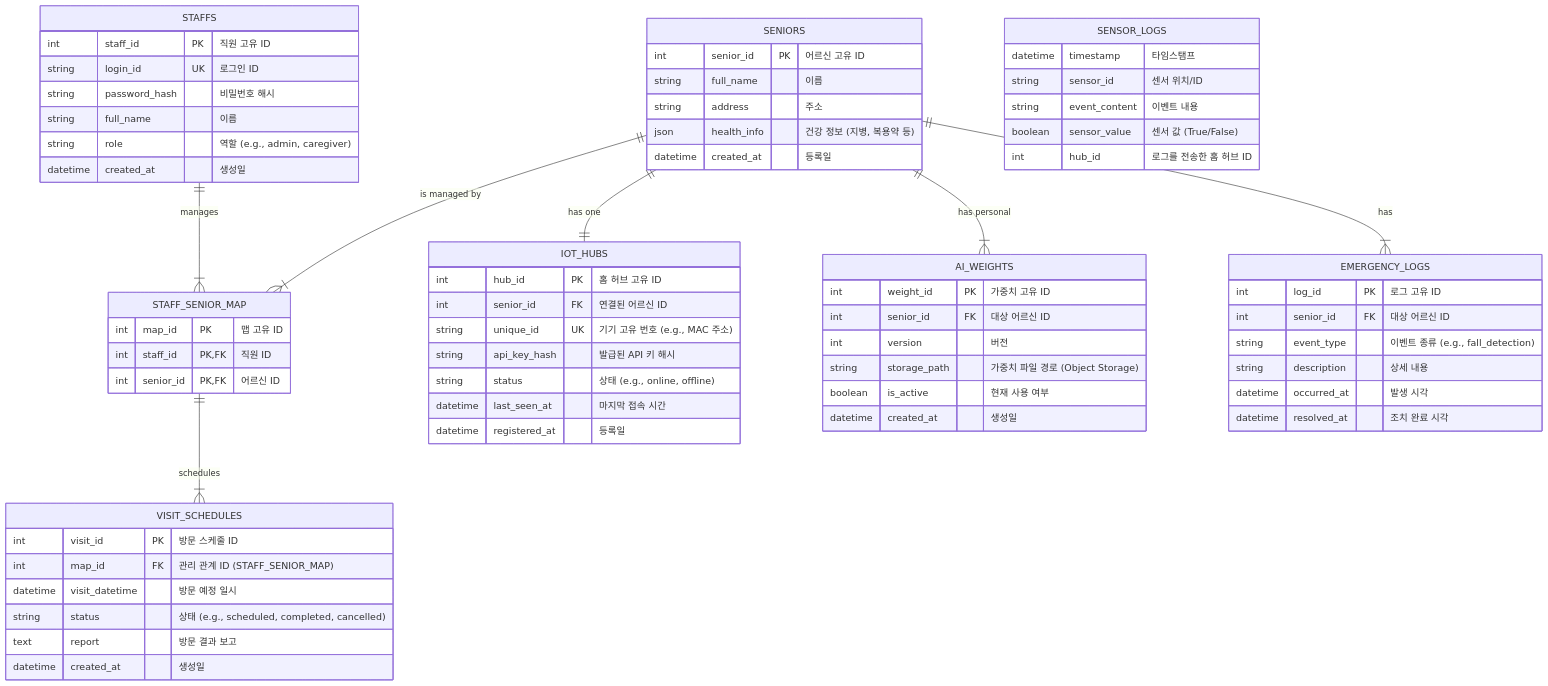
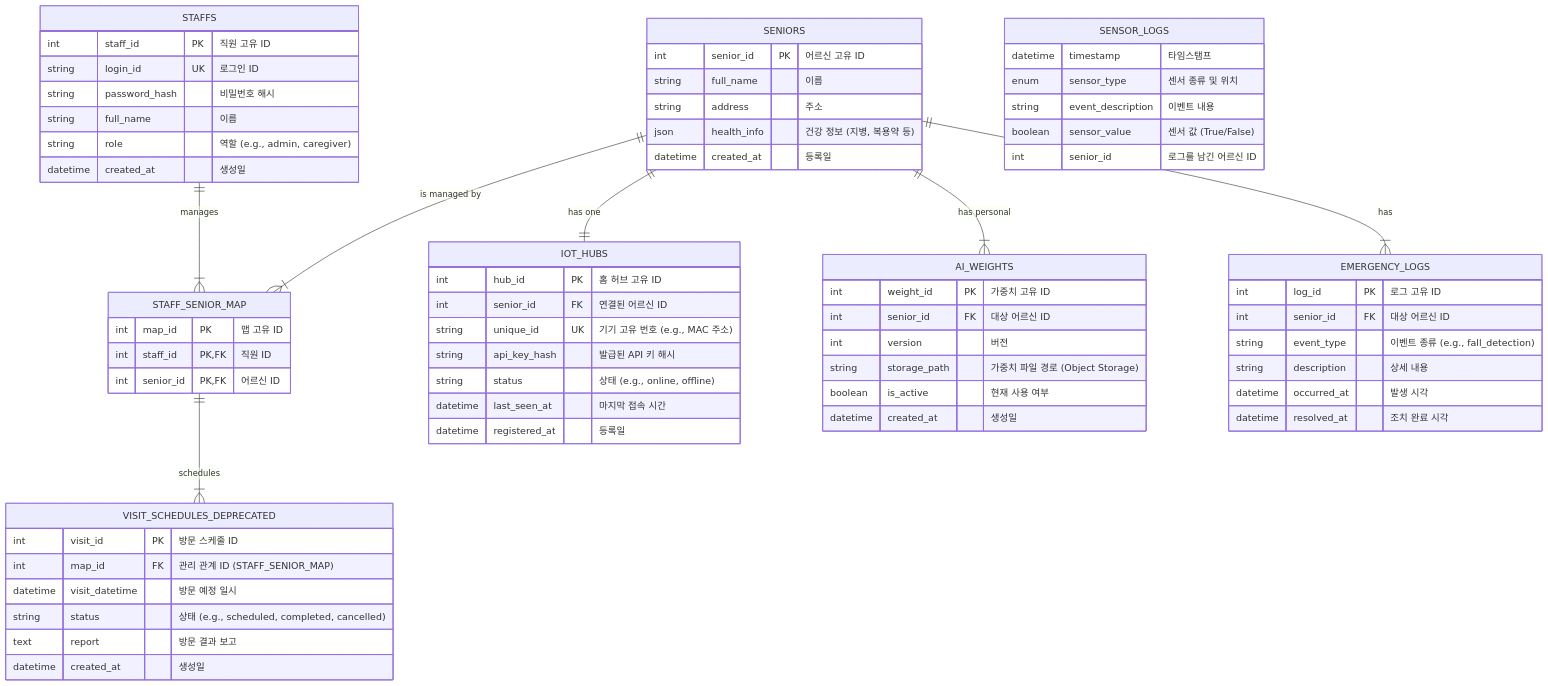
Before and after one commit to jiminh03/SST: the diagram in BackEnd/design/ERD.mmd, drawn with Mermaid. The commit also changed 10 other files, not shown here.

```diff
--- a/BackEnd/design/ERD.mmd
+++ b/BackEnd/design/ERD.mmd
@@ -1,85 +1,85 @@
 erDiagram
     %% --- Entities Definition ---
 
     STAFFS {
         int staff_id PK "직원 고유 ID"
         string login_id UK "로그인 ID"
         string password_hash "비밀번호 해시"
         string full_name "이름"
         string role "역할 (e.g., admin, caregiver)"
         datetime created_at "생성일"
     }
 
     SENIORS {
         int senior_id PK "어르신 고유 ID"
         string full_name "이름"
         string address "주소"
         json health_info "건강 정보 (지병, 복용약 등)"
         datetime created_at "등록일"
     }
 
     STAFF_SENIOR_MAP {
         int map_id PK "맵 고유 ID"
         int staff_id PK, FK "직원 ID"
         int senior_id PK, FK "어르신 ID"
     }
 
     IOT_HUBS {
         int hub_id PK "홈 허브 고유 ID"
         int senior_id FK "연결된 어르신 ID"
         string unique_id UK "기기 고유 번호 (e.g., MAC 주소)"
         string api_key_hash "발급된 API 키 해시"
         string status "상태 (e.g., online, offline)"
         datetime last_seen_at "마지막 접속 시간"
         datetime registered_at "등록일"
     }
 
     AI_WEIGHTS {
         int weight_id PK "가중치 고유 ID"
         int senior_id FK "대상 어르신 ID"
         int version "버전"
         string storage_path "가중치 파일 경로 (Object Storage)"
         boolean is_active "현재 사용 여부"
         datetime created_at "생성일"
     }
 
     EMERGENCY_LOGS {
         int log_id PK "로그 고유 ID"
         int senior_id FK "대상 어르신 ID"
         string event_type "이벤트 종류 (e.g., fall_detection)"
         string description "상세 내용"
         datetime occurred_at "발생 시각"
         datetime resolved_at "조치 완료 시각"
     }
 
-    VISIT_SCHEDULES {
+    VISIT_SCHEDULES_DEPRECATED {
     int visit_id PK "방문 스케줄 ID"
     int map_id FK "관리 관계 ID (STAFF_SENIOR_MAP)"
     datetime visit_datetime "방문 예정 일시"
     string status "상태 (e.g., scheduled, completed, cancelled)"
     text report "방문 결과 보고"
     datetime created_at "생성일"
 }
 
     %% --- Time-Series Data (Logical Representation) ---
     %% 시계열 데이터(센서 로그)는 별도의 Time-Series DB(e.g., TimescaleDB)에 저장됩니다.
     %% 아래는 개념적 표현이며, 실제 테이블은 관계형 DB에 존재하지 않습니다.
     SENSOR_LOGS {
         datetime timestamp "타임스탬프"
-        string sensor_id "센서 위치/ID"
-        string event_content "이벤트 내용"
+        enum sensor_type "센서 종류 및 위치"
+        string event_description "이벤트 내용"
         boolean sensor_value "센서 값 (True/False)"
-        int hub_id "로그를 전송한 홈 허브 ID"
+        int senior_id "로그를 남긴 어르신 ID"
     }
 
 
     %% --- Relationships Definition ---
 
     STAFFS ||--|{ STAFF_SENIOR_MAP : "manages"
     SENIORS ||--|{ STAFF_SENIOR_MAP : "is managed by"
 
     SENIORS ||--|| IOT_HUBS : "has one"
     SENIORS ||--|{ AI_WEIGHTS : "has personal"
     SENIORS ||--|{ EMERGENCY_LOGS : "has"
     
-    STAFF_SENIOR_MAP ||--|{ VISIT_SCHEDULES : "schedules"
+    STAFF_SENIOR_MAP ||--|{ VISIT_SCHEDULES_DEPRECATED : "schedules"
```
